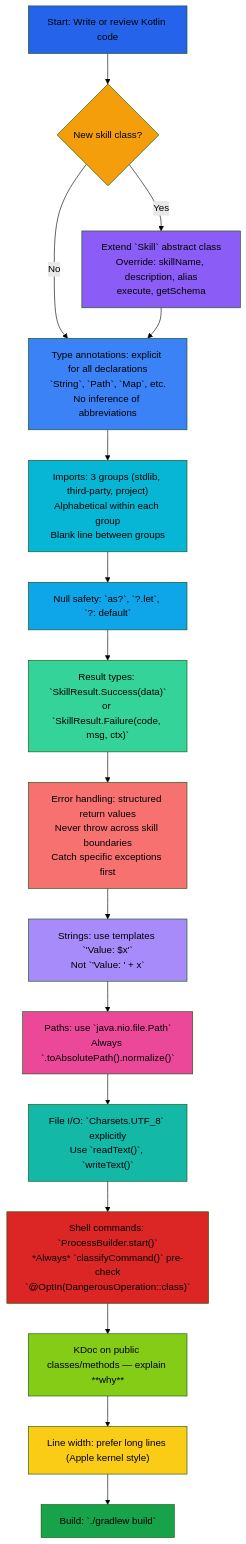
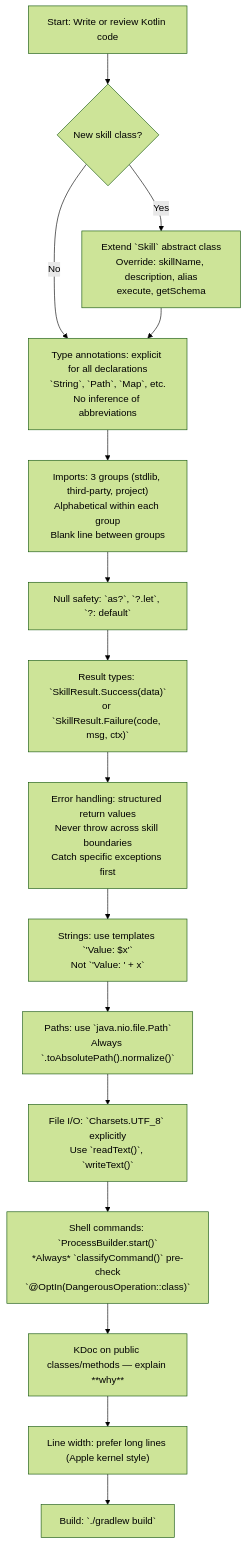
One commit to lg841226/Gradum changed the diagram in docs/CODING_STANDARDS_KOTLIN.md. Above: the diagram before and after it, drawn with Mermaid (forest theme). The commit also changed 1 other file, not shown here.

Commit message:
docs: drop custom Mermaid color overrides from README and standards
Two Mermaid diagrams shipped hand-tuned `style X fill:#...`
overrides that hardcoded light-mode colors and rendered
incorrectly on GitHub's dark mode background. Mermaid's
default theme is theme-aware and produces a sensible palette
on both light and dark backgrounds, so the manual override
was strictly worse than the default.

Files touched:
  - README.md (11 style lines removed)
  - docs/CODING_STANDARDS_KOTLIN.md (14 style lines removed)

````diff
--- a/docs/CODING_STANDARDS_KOTLIN.md
+++ b/docs/CODING_STANDARDS_KOTLIN.md
@@ -6,35 +6,19 @@
 ```mermaid
 flowchart TD
     A["Start: Write or review Kotlin code"] --> B{New skill class?}
     B -->|Yes| C["Extend `Skill` abstract class<br/>Override: skillName, description, alias<br/>execute, getSchema"]
     B -->|No| D
 
     C --> D["Type annotations: explicit for all declarations<br/>`String`, `Path`, `Map<String, Any>`, etc.<br/>No inference of abbreviations"]
     D --> E["Imports: 3 groups (stdlib, third-party, project)<br/>Alphabetical within each group<br/>Blank line between groups"]
     E --> F["Null safety: `as?`, `?.let`, `?: default`"]
     F --> G["Result types: `SkillResult.Success(data)`<br/>or `SkillResult.Failure(code, msg, ctx)`"]
     G --> H["Error handling: structured return values<br/>Never throw across skill boundaries<br/>Catch specific exceptions first"]
     H --> I["Strings: use templates `'Value: $x'`<br/>Not `'Value: ' + x`"]
     I --> J["Paths: use `java.nio.file.Path`<br/>Always `.toAbsolutePath().normalize()`"]
     J --> K["File I/O: `Charsets.UTF_8` explicitly<br/>Use `readText()`, `writeText()`"]
     K --> L["Shell commands: `ProcessBuilder.start()`<br/>*Always* `classifyCommand()` pre-check<br/>`@OptIn(DangerousOperation::class)`"]
     L --> M["KDoc on public classes/methods — explain **why**"]
     M --> N["Line width: prefer long lines (Apple kernel style)"]
     N --> O["Build: `./gradlew build`"]
-
-    style A fill:#2563eb
-    style B fill:#f59e0b
-    style C fill:#8b5cf6
-    style D fill:#3b82f6
-    style E fill:#06b6d4
-    style F fill:#0ea5e9
-    style G fill:#34d399
-    style H fill:#f87171
-    style I fill:#a78bfa
-    style J fill:#ec4899
-    style K fill:#14b8a6
-    style L fill:#dc2626
-    style M fill:#84cc16
-    style N fill:#facc15
-    style O fill:#16a34a
 ```
````
